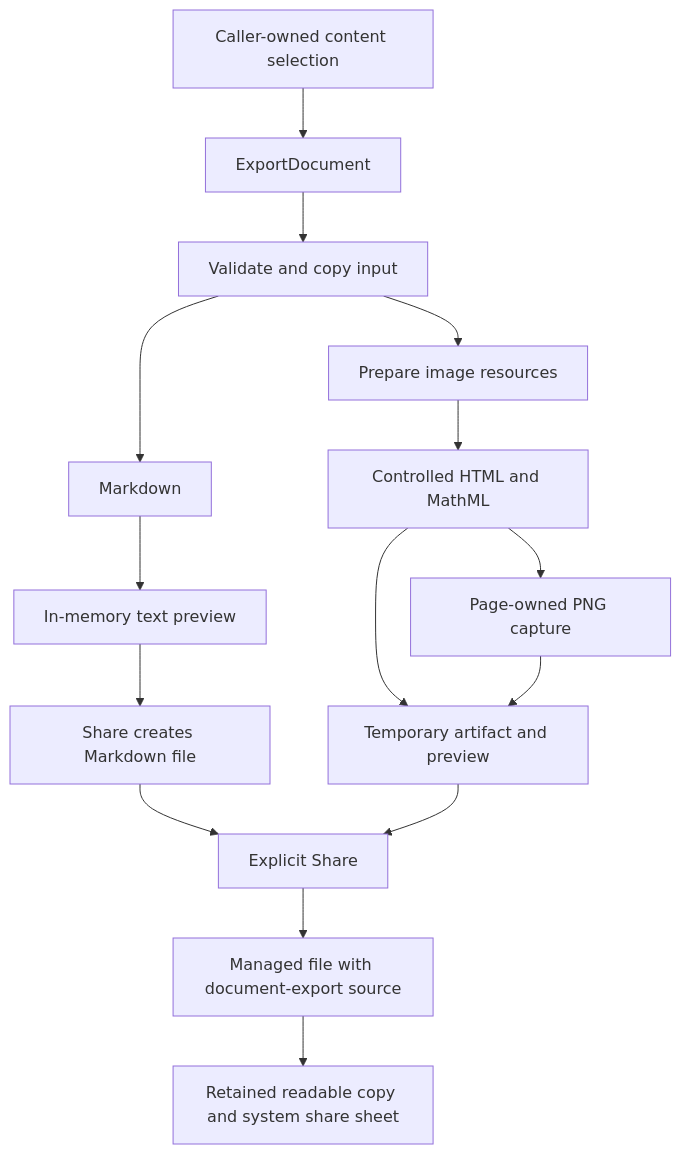
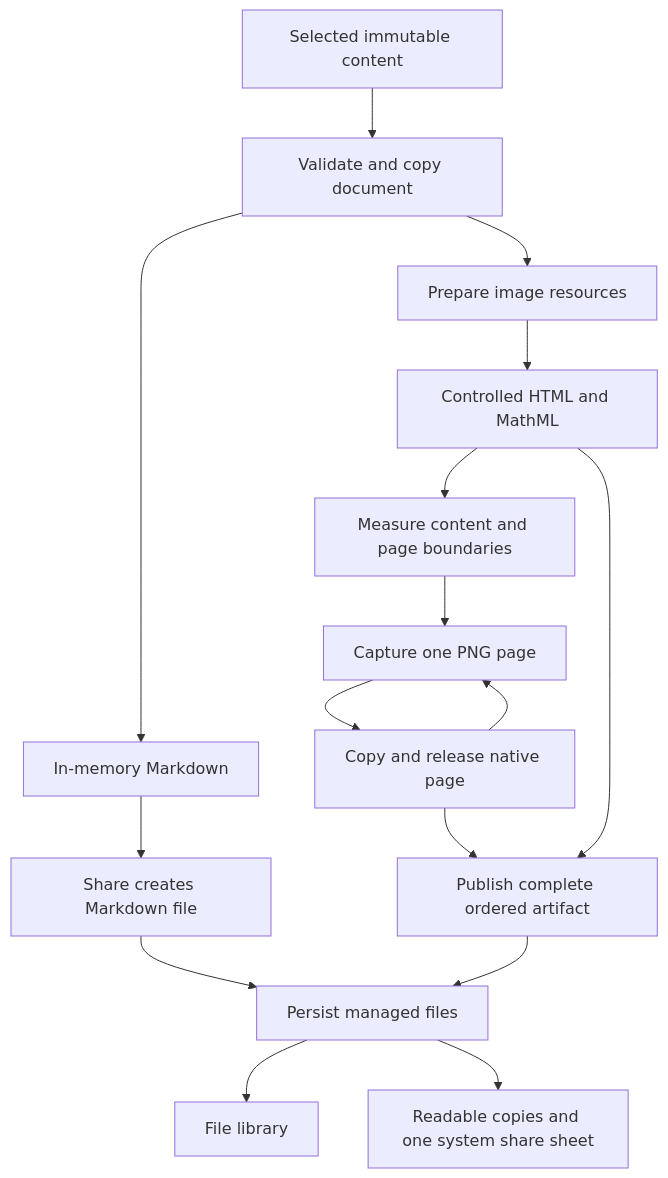
The diagram in docs/references/document-export.md (laochenfei233/cherry-studio-app), drawn with Mermaid before and after one commit. The commit also changed other lines of this file and 73 other files, not shown here.

First line of the commit message:
feat(document-export): paginate long conversations and share ordered images (#941)

````diff
--- a/docs/references/document-export.md
+++ b/docs/references/document-export.md
@@ -31,17 +29,18 @@
 ```mermaid
 flowchart TD
-    Source[Caller-owned content selection] --> Document[ExportDocument]
-    Document --> Normalize[Validate and copy input]
-    Normalize --> Markdown[Markdown]
+    Source[Selected immutable content] --> Normalize[Validate and copy document]
+    Normalize --> Markdown[In-memory Markdown]
     Normalize --> Resources[Prepare image resources]
     Resources --> HTML[Controlled HTML and MathML]
-    HTML --> Capture[Page-owned PNG capture]
-    Markdown --> TextPreview[In-memory text preview]
-    HTML --> Preview[Temporary artifact and preview]
-    Capture --> Preview
-    TextPreview --> Materialize[Share creates Markdown file]
-    Materialize --> Save[Explicit Share]
-    Preview --> Save
-    Save --> Library[Managed file with document-export source]
-    Library --> Delivery[Retained readable copy and system share sheet]
+    HTML --> Layout[Measure content and page boundaries]
+    Layout --> Capture[Capture one PNG page]
+    Capture --> Copy[Copy and release native page]
+    Copy --> Capture
+    Copy --> Artifact[Publish complete ordered artifact]
+    HTML --> Artifact
+    Markdown --> Materialize[Share creates Markdown file]
+    Materialize --> Save[Persist managed files]
+    Artifact --> Save
+    Save --> Library[File library]
+    Save --> Delivery[Readable copies and one system share sheet]
 ```
````
